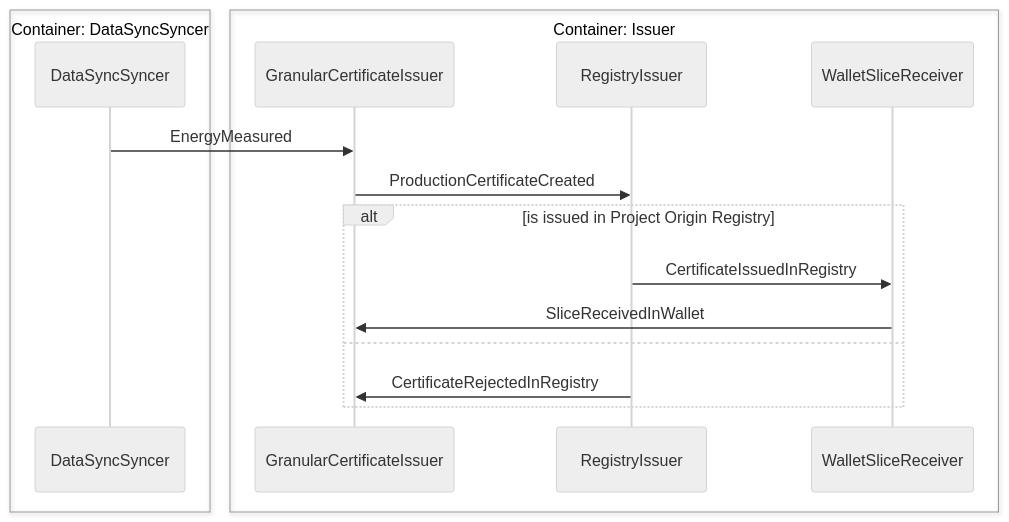
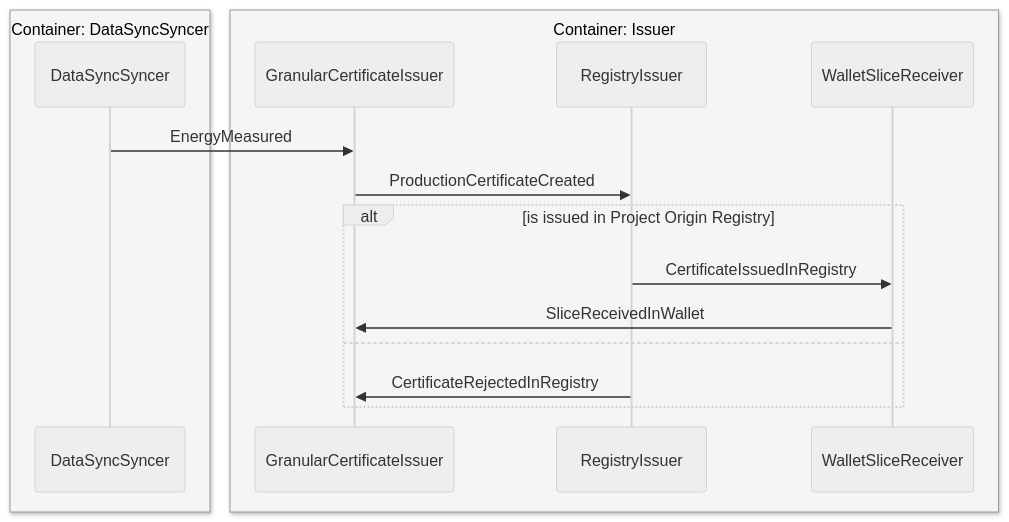
Before and after one commit to Energinet-DataHub/energy-origin: the diagram in doc/architecture/domains/certificates.md, drawn with Mermaid (neutral theme). The commit also changed other lines of this file and 2 other files, not shown here.

````diff
--- a/doc/architecture/domains/certificates.md
+++ b/doc/architecture/domains/certificates.md
@@ -30,20 +27,20 @@
 ```mermaid
 sequenceDiagram
-    box Container: DataSyncSyncer
+    box rgb(245,245,245) Container: DataSyncSyncer
     participant dss as DataSyncSyncer
     end
-    box Container: Issuer
+    box rgb(245,245,245) Container: Issuer
     participant gci as GranularCertificateIssuer
     participant reg as RegistryIssuer
     participant wal as WalletSliceReceiver
     end
 
     dss->>gci: EnergyMeasured
     gci->>reg: ProductionCertificateCreated
     alt is issued in Project Origin Registry
         reg->>wal: CertificateIssuedInRegistry
         wal->>gci: SliceReceivedInWallet
     else
         reg->>gci: CertificateRejectedInRegistry
     end
 ```
````
